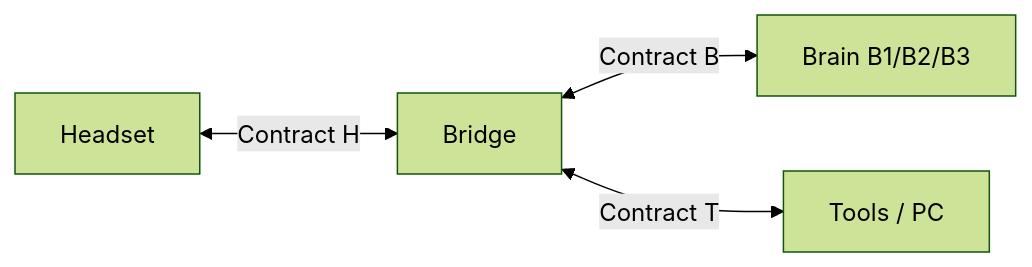
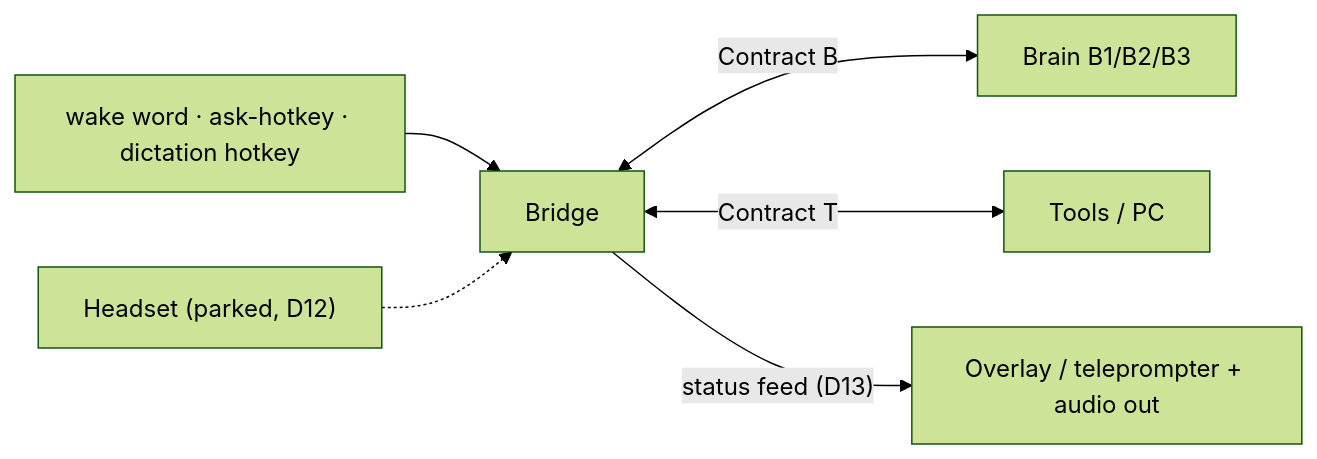
One commit to thomas-toh/gemma changed the diagram in spec/00_overview.md. Above: the diagram before and after it, drawn with Mermaid (forest theme). The commit also changed other lines of this file and 3 other files, not shown here.

````diff
--- a/spec/00_overview.md
+++ b/spec/00_overview.md
@@ -14,6 +19,8 @@
 ```mermaid
 flowchart LR
-    H[Headset] <-- "Contract H" --> G[Bridge]
-    G <-- "Contract B" --> B[Brain B1/B2/B3]
-    G <-- "Contract T" --> T[Tools / PC]
+    U["wake word · ask-hotkey · dictation hotkey"] --> G[Bridge]
+    G <-- "Contract B" --> B["Brain B1/B2/B3"]
+    G <-- "Contract T" --> T["Tools / PC"]
+    G -- "status feed (D13)" --> V["Overlay / teleprompter + audio out"]
+    H["Headset (parked, D12)"] -.-> G
 ```
````
